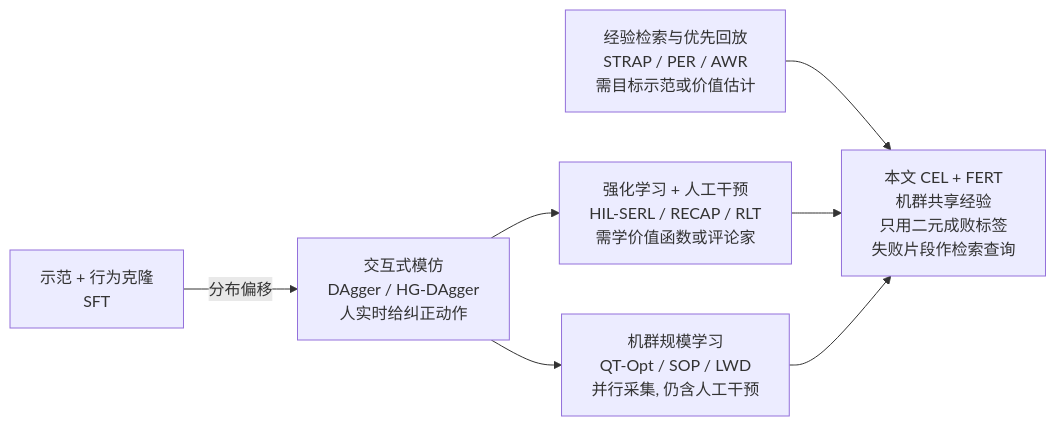
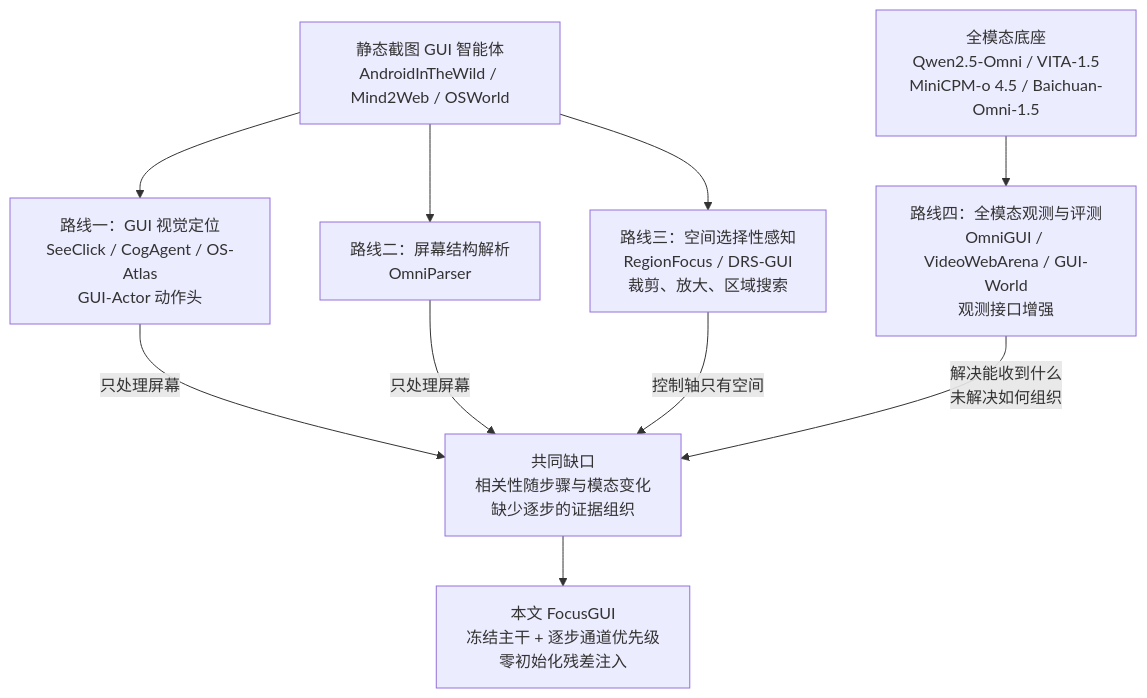
The second of 7 diagrams in docs/index.md (yingwang/paper-reads), drawn with Mermaid before and after one commit. The commit also changed other lines of this file and 2 other files, not shown here.

First line of the commit message:
Add 2026-10-21-focusgui-focused-omni-modal-gui-agents

````diff
--- a/docs/index.md
+++ b/docs/index.md
@@ -95,9 +145,12 @@
 ```mermaid
-flowchart LR
-    A["示范 + 行为克隆<br/>SFT"] -->|分布偏移| B["交互式模仿<br/>DAgger / HG-DAgger<br/>人实时给纠正动作"]
-    B --> C["强化学习 + 人工干预<br/>HIL-SERL / RECAP / RLT<br/>需学价值函数或评论家"]
-    B --> D["机群规模学习<br/>QT-Opt / SOP / LWD<br/>并行采集, 仍含人工干预"]
-    E["经验检索与优先回放<br/>STRAP / PER / AWR<br/>需目标示范或价值估计"] --> F
-    C --> F["本文 CEL + FERT<br/>机群共享经验<br/>只用二元成败标签<br/>失败片段作检索查询"]
-    D --> F
+flowchart TD
+    S["静态截图 GUI 智能体<br/>AndroidInTheWild / Mind2Web / OSWorld"] --> G["路线一：GUI 视觉定位<br/>SeeClick / CogAgent / OS-Atlas<br/>GUI-Actor 动作头"]
+    S --> P["路线二：屏幕结构解析<br/>OmniParser"]
+    S --> R["路线三：空间选择性感知<br/>RegionFocus / DRS-GUI<br/>裁剪、放大、区域搜索"]
+    M["全模态底座<br/>Qwen2.5-Omni / VITA-1.5<br/>MiniCPM-o 4.5 / Baichuan-Omni-1.5"] --> B["路线四：全模态观测与评测<br/>OmniGUI / VideoWebArena / GUI-World<br/>观测接口增强"]
+    G -->|"只处理屏幕"| GAP["共同缺口<br/>相关性随步骤与模态变化<br/>缺少逐步的证据组织"]
+    P -->|"只处理屏幕"| GAP
+    R -->|"控制轴只有空间"| GAP
+    B -->|"解决能收到什么<br/>未解决如何组织"| GAP
+    GAP --> F["本文 FocusGUI<br/>冻结主干 + 逐步通道优先级<br/>零初始化残差注入"]
 ```
````
